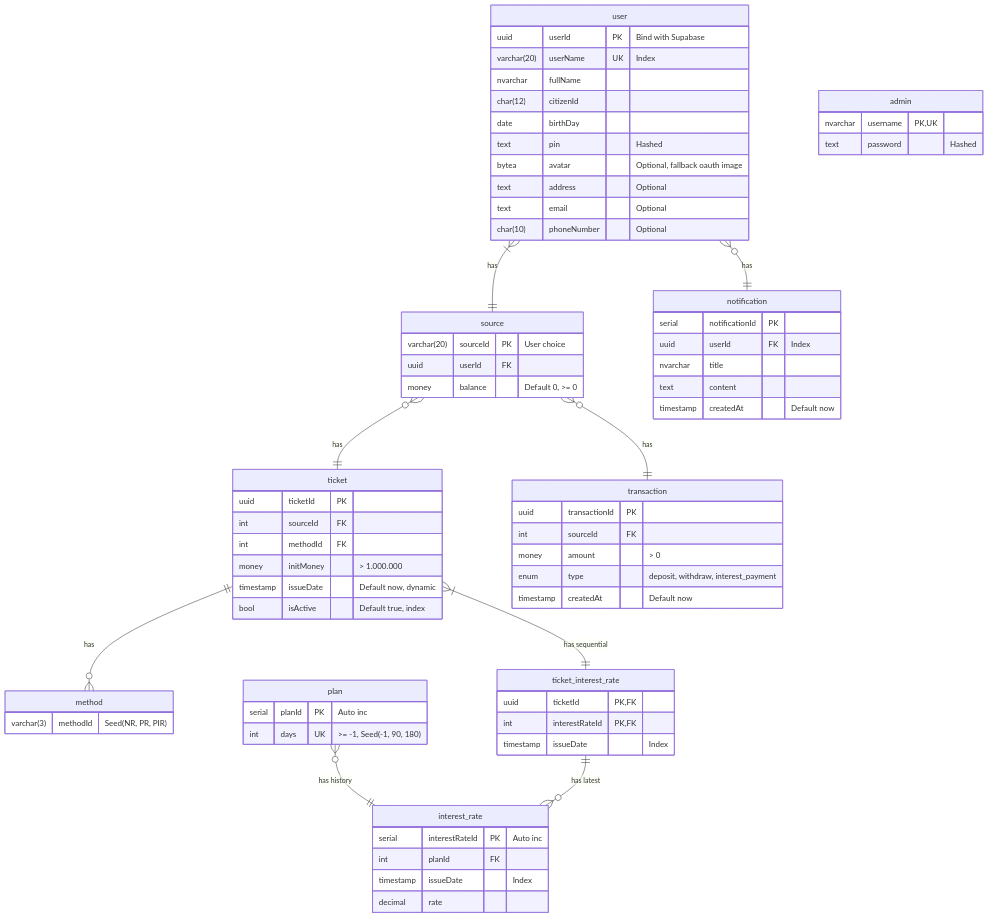
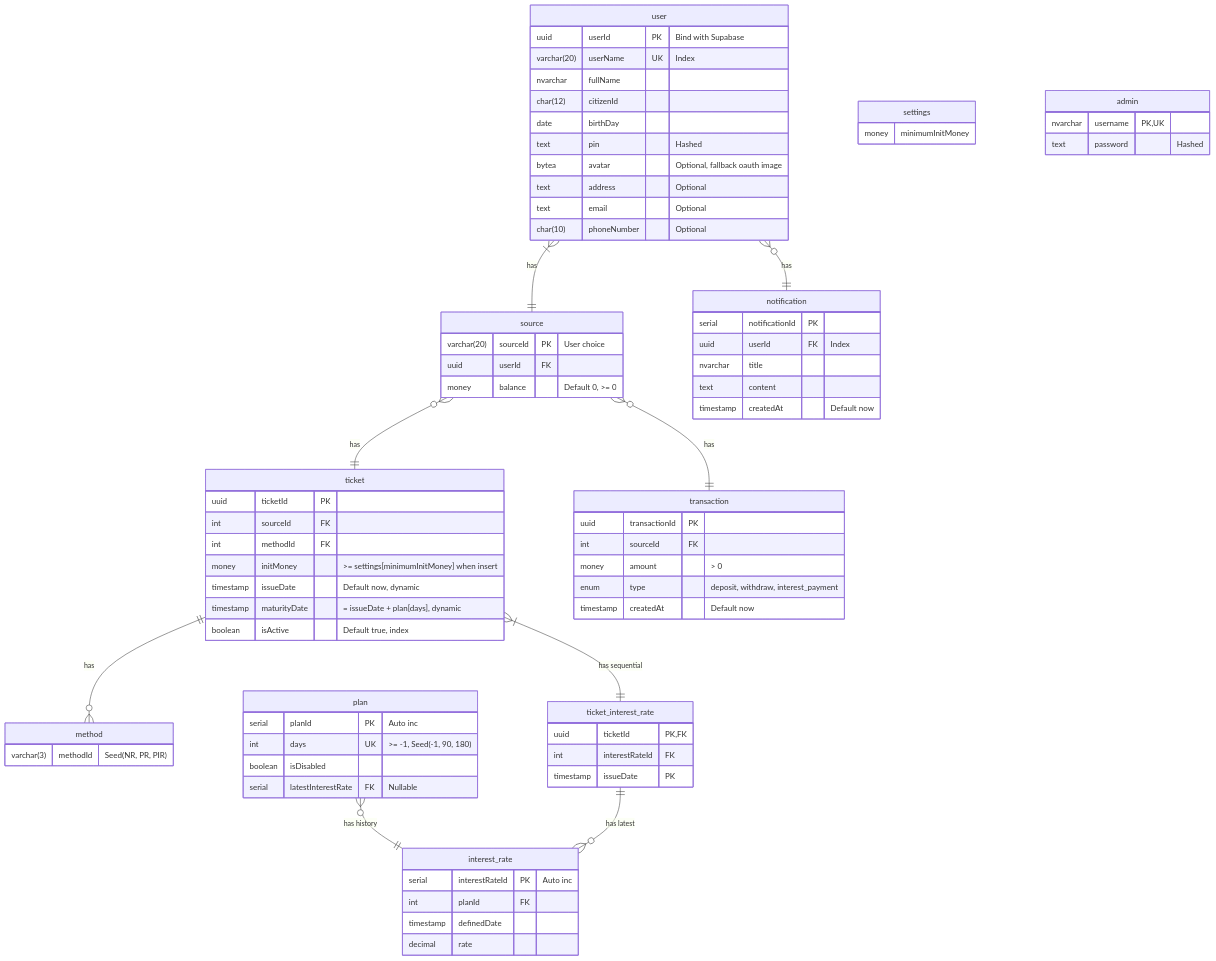
One commit to coinhub-uit/.github changed the first of 2 diagrams in profile/README.md. Above: the diagram before and after it, drawn with Mermaid.

Commit message:
feat: add settings table, sth

```diff
--- a/profile/README.md
+++ b/profile/README.md
@@ -37,6 +37,10 @@
     money balance "Default 0, >= 0"
   }
 
+  settings {
+    money minimumInitMoney
+  }
+
   method {
     %% Non-renewal, principal rollover, principal & interest rollover
     varchar(3) methodId "Seed(NR, PR, PIR)"
@@ -45,7 +49,7 @@
   interest_rate {
     serial interestRateId PK "Auto inc"
     int planId FK
-    timestamp issueDate "Index"
+    timestamp definedDate
     decimal rate
   }
 
@@ -54,23 +58,26 @@
     int sourceId FK
     int methodId FK
     %% So what if I changed and there're other ... already, will be failed
-    money initMoney "> 1.000.000"
+    money initMoney ">= settings[minimumInitMoney] when insert"
     %% Calculate before return to client (not in DB)?
     timestamp issueDate "Default now, dynamic"
-    bool isActive "Default true, index"
+    timestamp maturityDate "= issueDate + plan[days], dynamic"
+    boolean isActive "Default true, index"
   }
 
   %% Use latest plan
   %% The name is ambiguous
   ticket_interest_rate {
     uuid ticketId PK,FK
-    int interestRateId PK,FK
-    timestamp issueDate "Index"
+    int interestRateId FK
+    timestamp issueDate PK
   }
 
   plan {
     serial planId PK "Auto inc"
     int days UK ">= -1, Seed(-1, 90, 180)"
+    boolean isDisabled
+    serial latestInterestRate FK "Nullable"
   }
 
   transaction {
```
